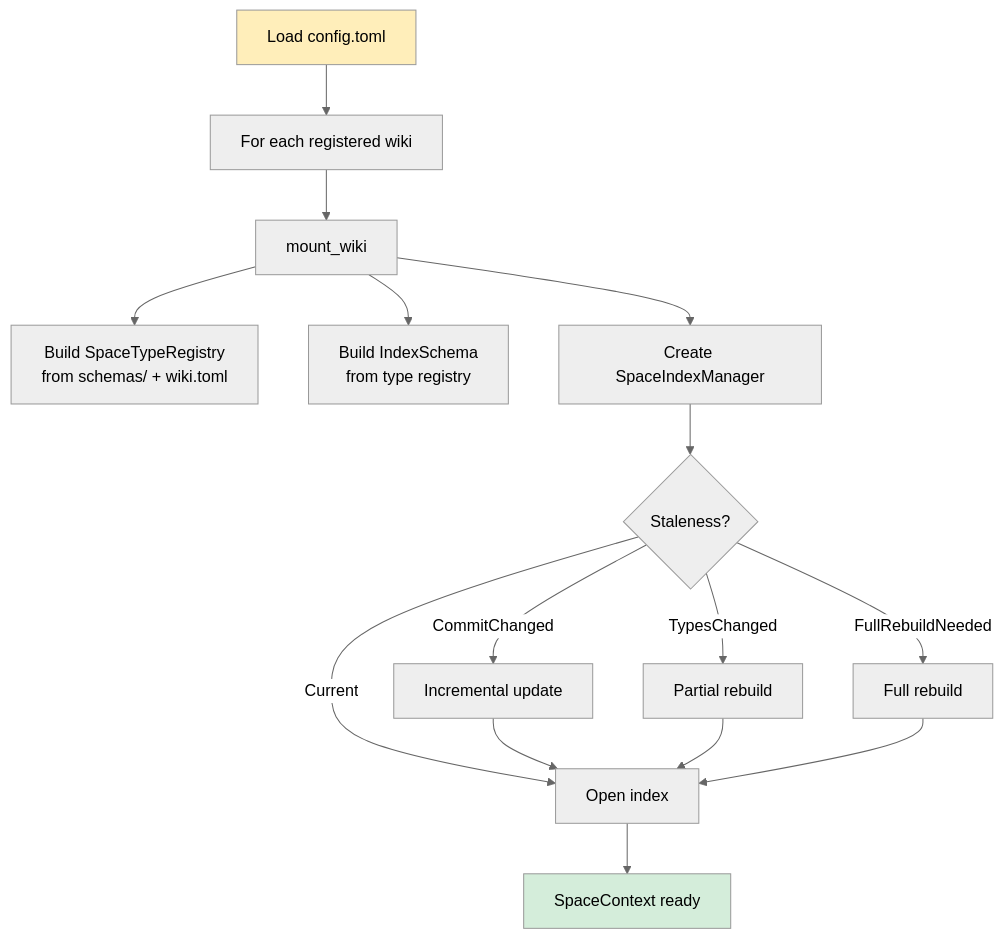
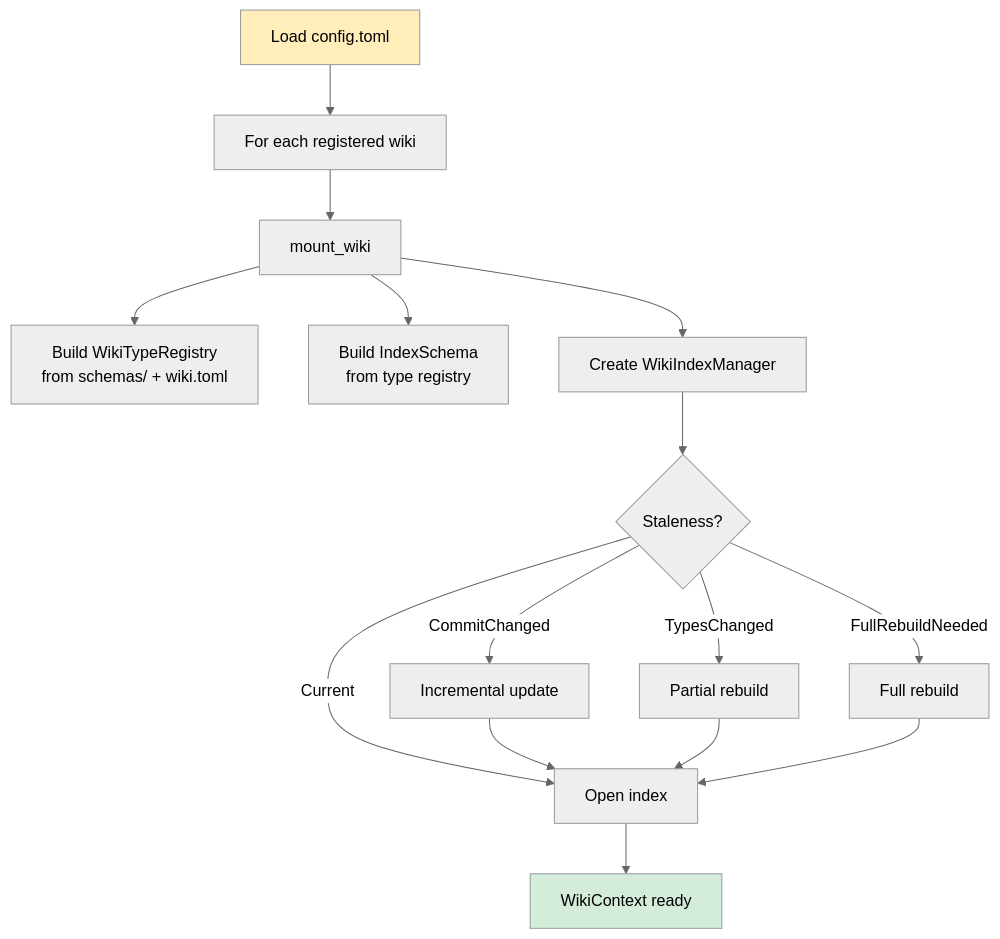
Before and after one commit to como-technologies/taps: diagram 11 of 11 in llm-wiki/docs/src/diagrams.md, drawn with Mermaid (neutral theme). The commit also changed other lines of this file and 96 other files, not shown here.

````diff
--- a/llm-wiki/docs/src/diagrams.md
+++ b/llm-wiki/docs/src/diagrams.md
@@ -344,20 +344,20 @@
 ```mermaid
 flowchart TD
     A[Load config.toml] --> B[For each registered wiki]
     B --> C[mount_wiki]
-    C --> D[Build SpaceTypeRegistry\nfrom schemas/ + wiki.toml]
+    C --> D[Build WikiTypeRegistry\nfrom schemas/ + wiki.toml]
     C --> E[Build IndexSchema\nfrom type registry]
-    C --> F[Create SpaceIndexManager]
+    C --> F[Create WikiIndexManager]
     F --> G{Staleness?}
     G -->|Current| H[Open index]
     G -->|CommitChanged| I[Incremental update]
     G -->|TypesChanged| J[Partial rebuild]
     G -->|FullRebuildNeeded| K[Full rebuild]
     I --> H
     J --> H
     K --> H
-    H --> L[SpaceContext ready]
+    H --> L[WikiContext ready]
 
     style A fill:#ffeeba
     style L fill:#d4edda
 ```
````
